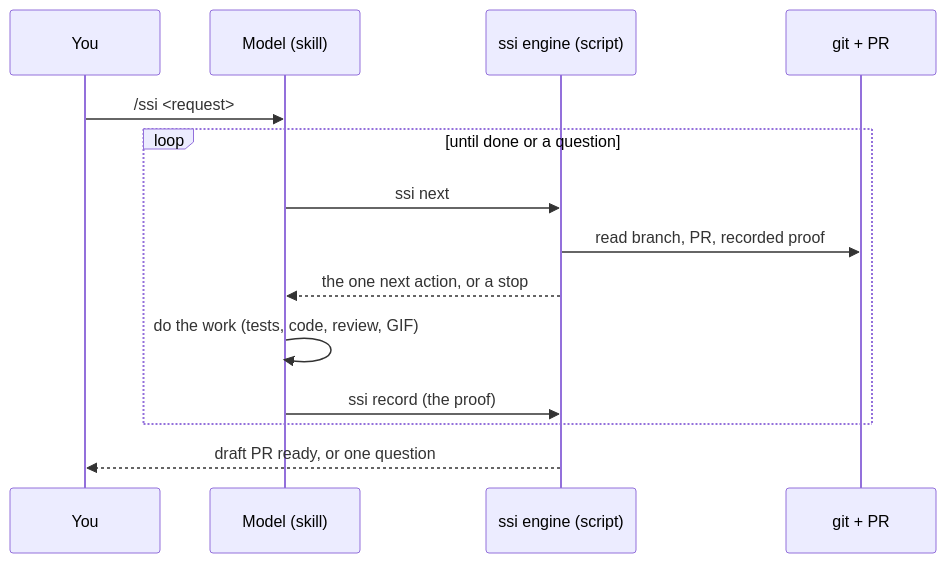
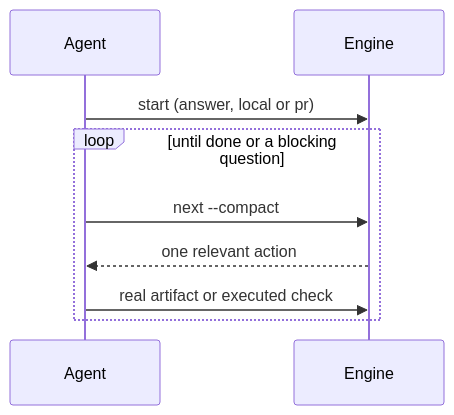
Before and after one commit to ssime-git/ssi-ai-skill: the second of 2 diagrams in README.md, drawn with Mermaid. The commit also changed other lines of this file and 69 other files, not shown here.

````diff
--- a/README.md
+++ b/README.md
@@ -35,16 +49,11 @@
 ```mermaid
 sequenceDiagram
-  participant You
-  participant Skill as Model (skill)
-  participant Engine as ssi engine (script)
-  participant World as git + PR
-  You->>Skill: /ssi <request>
-  loop until done or a question
-    Skill->>Engine: ssi next
-    Engine->>World: read branch, PR, recorded proof
-    Engine-->>Skill: the one next action, or a stop
-    Skill->>Skill: do the work (tests, code, review, GIF)
-    Skill->>Engine: ssi record (the proof)
+  participant Agent
+  participant Engine
+  Agent->>Engine: start (answer, local or pr)
+  loop until done or a blocking question
+    Agent->>Engine: next --compact
+    Engine-->>Agent: one relevant action
+    Agent->>Engine: real artifact or executed check
   end
-  Engine-->>You: draft PR ready, or one question
 ```
````
